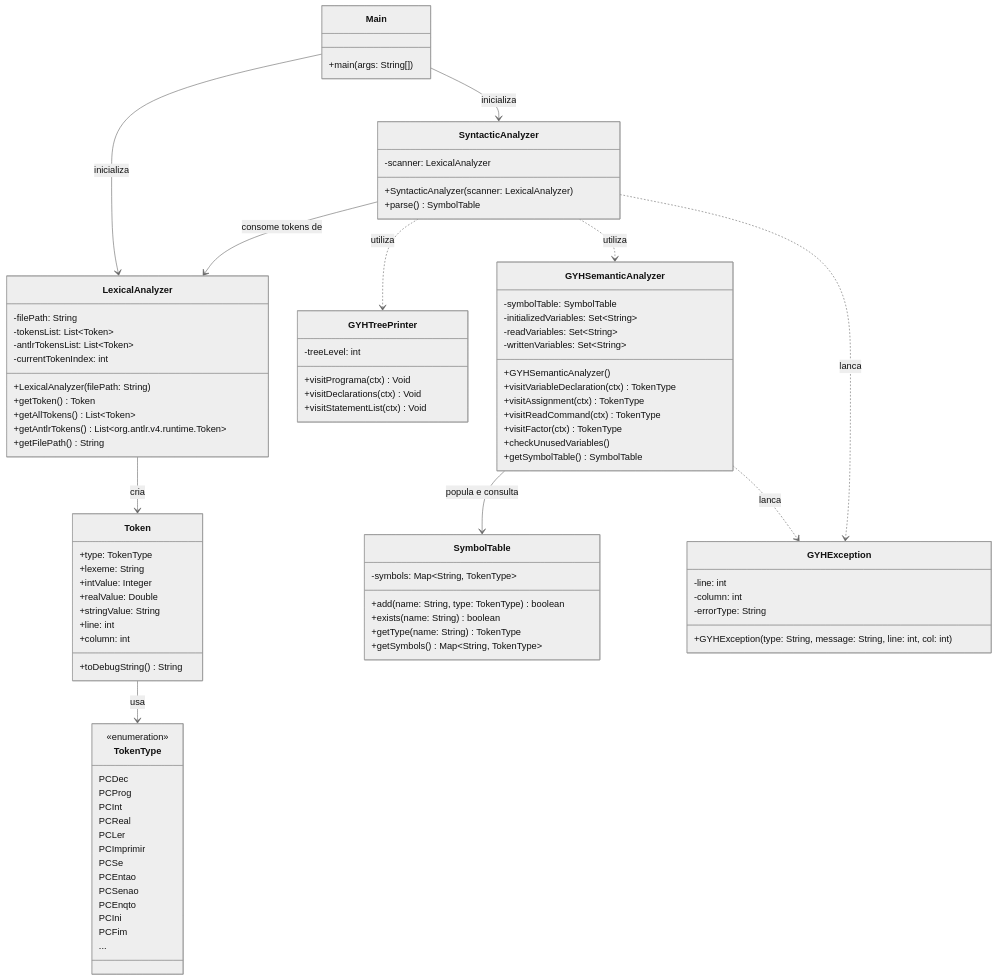
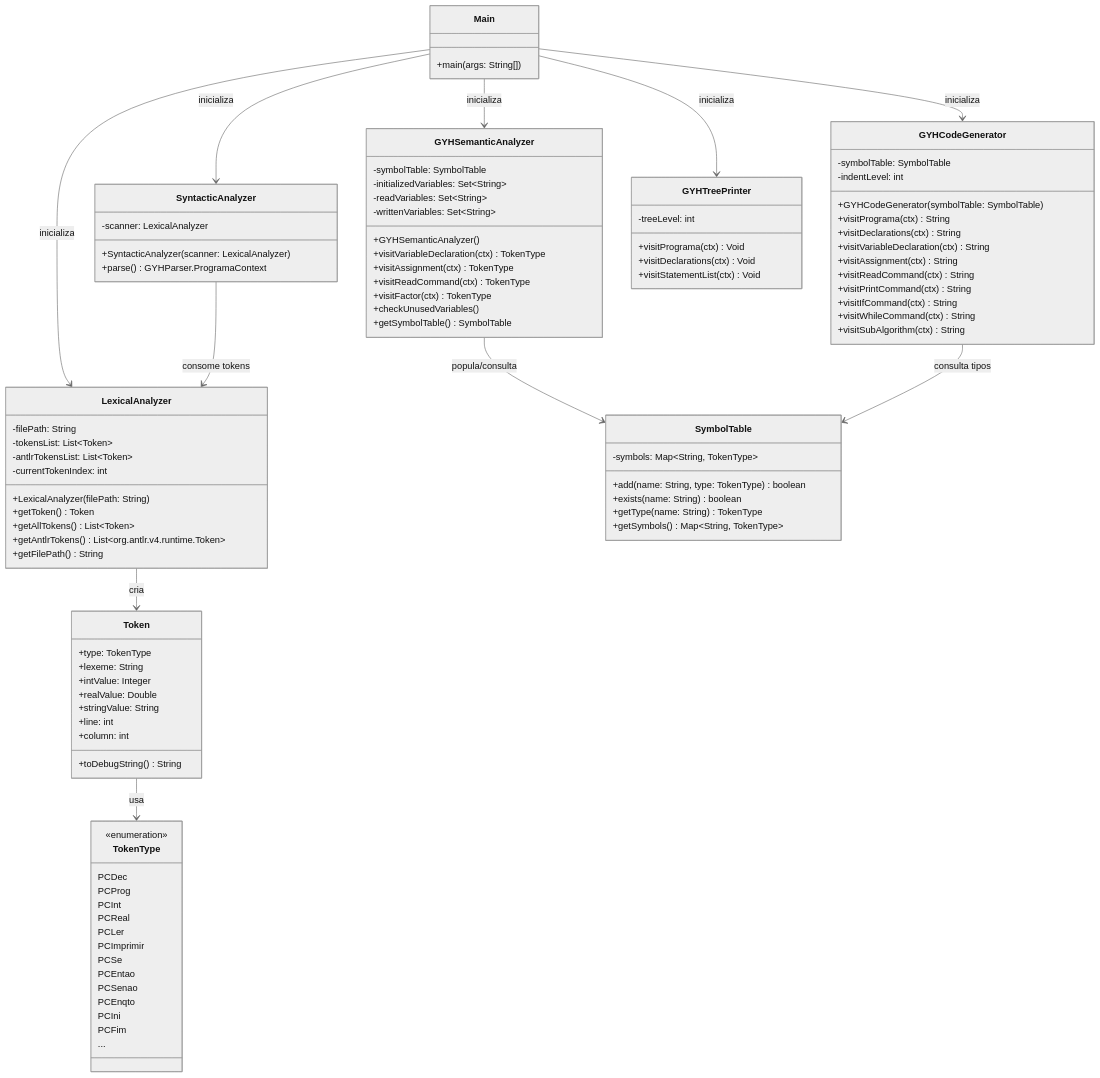
The second of 2 diagrams in README.md (GuiRBeira/compilador-gyh), drawn with Mermaid (neutral theme) before and after one commit. The commit also changed other lines of this file and 2 other files, not shown here.

Commit message:
feat: implement C code generator and add CLI installation script

````diff
--- a/README.md
+++ b/README.md
@@ -70,7 +70,7 @@
     class SyntacticAnalyzer {
         -scanner: LexicalAnalyzer
         +SyntacticAnalyzer(scanner: LexicalAnalyzer)
-        +parse() SymbolTable
+        +parse() GYHParser.ProgramaContext
     }
     class GYHSemanticAnalyzer {
         -symbolTable: SymbolTable
@@ -84,6 +84,20 @@
         +visitFactor(ctx) TokenType
         +checkUnusedVariables()
         +getSymbolTable() SymbolTable
+    }
+    class GYHCodeGenerator {
+        -symbolTable: SymbolTable
+        -indentLevel: int
+        +GYHCodeGenerator(symbolTable: SymbolTable)
+        +visitPrograma(ctx) String
+        +visitDeclarations(ctx) String
+        +visitVariableDeclaration(ctx) String
+        +visitAssignment(ctx) String
+        +visitReadCommand(ctx) String
+        +visitPrintCommand(ctx) String
+        +visitIfCommand(ctx) String
+        +visitWhileCommand(ctx) String
+        +visitSubAlgorithm(ctx) String
     }
     class GYHTreePrinter {
         -treeLevel: int
@@ -124,21 +138,15 @@
         PCFim
         ...
     }
-    class GYHException {
-        -line: int
-        -column: int
-        -errorType: String
-        +GYHException(type: String, message: String, line: int, col: int)
-    }
 
     Main --> LexicalAnalyzer : inicializa
     Main --> SyntacticAnalyzer : inicializa
-    SyntacticAnalyzer --> LexicalAnalyzer : consome tokens de
-    SyntacticAnalyzer ..> GYHTreePrinter : utiliza
-    SyntacticAnalyzer ..> GYHSemanticAnalyzer : utiliza
-    GYHSemanticAnalyzer --> SymbolTable : popula e consulta
+    Main --> GYHTreePrinter : inicializa
+    Main --> GYHSemanticAnalyzer : inicializa
+    Main --> GYHCodeGenerator : inicializa
+    SyntacticAnalyzer --> LexicalAnalyzer : consome tokens
+    GYHSemanticAnalyzer --> SymbolTable : popula/consulta
+    GYHCodeGenerator --> SymbolTable : consulta tipos
     LexicalAnalyzer --> Token : cria
     Token --> TokenType : usa
-    GYHSemanticAnalyzer ..> GYHException : lanca
-    SyntacticAnalyzer ..> GYHException : lanca
 ```
````
